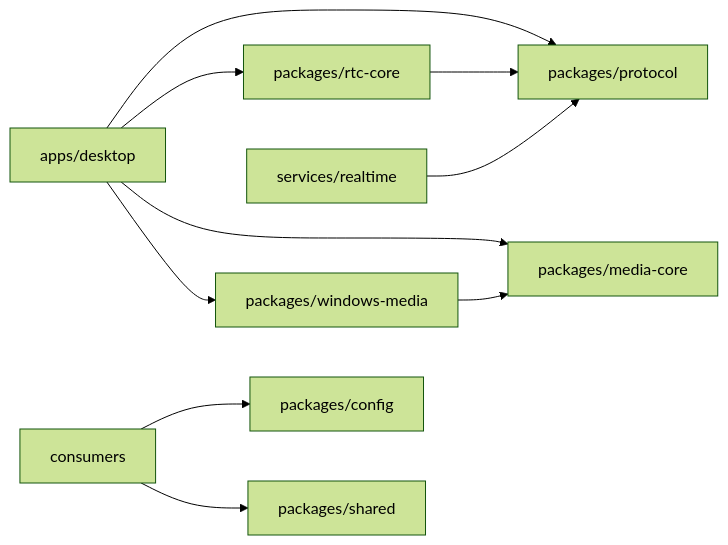
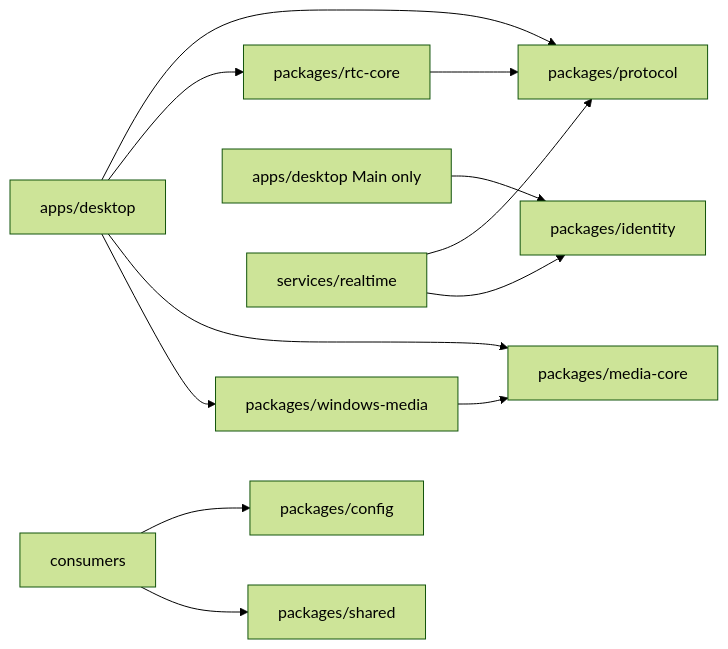
One commit to RodCas11/OvniChat changed the third of 3 diagrams in docs/ARCHITECTURE.md. Above: the diagram before and after it, drawn with Mermaid (forest theme). The commit also changed other lines of this file and 64 other files, not shown here.

````diff
--- a/docs/ARCHITECTURE.md
+++ b/docs/ARCHITECTURE.md
@@ -101,12 +104,14 @@
 ```mermaid
 flowchart LR
   Desktop[apps/desktop] --> Protocol[packages/protocol]
   Desktop --> RTC[packages/rtc-core]
   Desktop --> Media[packages/media-core]
   Desktop --> Win[packages/windows-media]
+  DesktopMain[apps/desktop Main only] --> Identity[packages/identity]
   Realtime[services/realtime] --> Protocol
+  Realtime --> Identity
   RTC --> Protocol
   Win --> Media
   All[consumers] --> Config[packages/config]
   All --> Shared[packages/shared]
 ```
````
